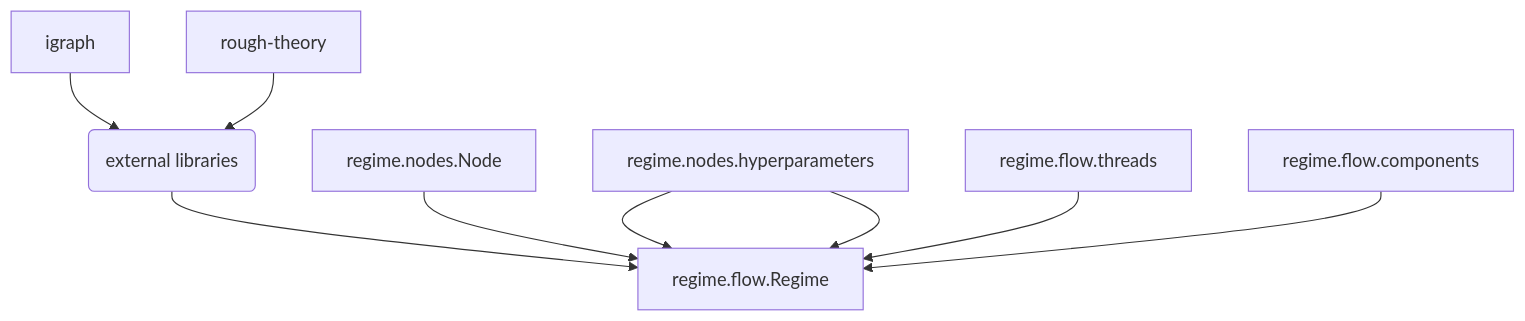
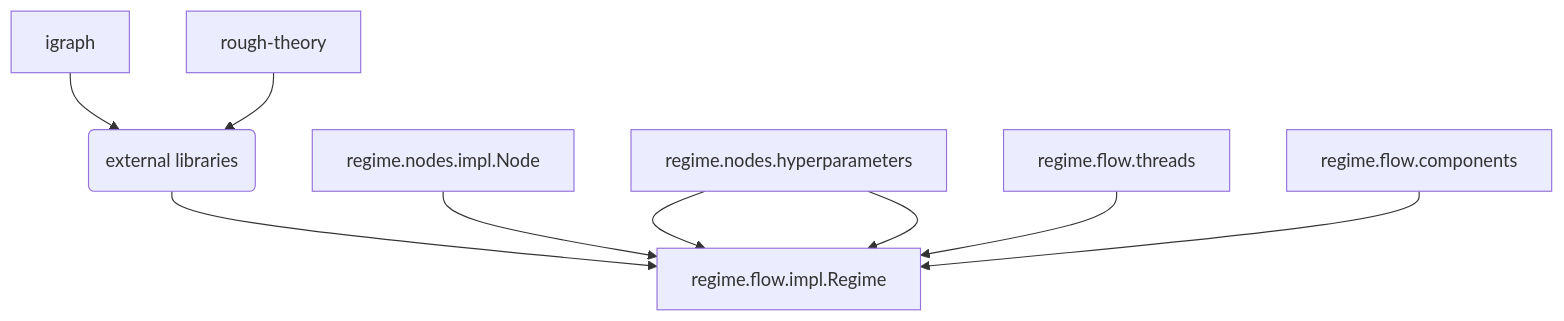
Before and after one commit to johnHostetter/regime: the second of 2 diagrams in README.md, drawn with Mermaid. The commit also changed other lines of this file and 7 other files, not shown here.

````diff
--- a/README.md
+++ b/README.md
@@ -73,11 +75,11 @@
 ```mermaid
 graph TD;
     igraph --> id(external libraries);
     rough-theory --> id(external libraries);
-    id(external libraries) --> regime.flow.Regime;
-    regime.nodes.Node --> regime.flow.Regime;
-    regime.nodes.hyperparameters --> regime.flow.Regime;
-    regime.flow.threads --> regime.flow.Regime;
-    regime.flow.components --> regime.flow.Regime;
-    regime.nodes.hyperparameters --> regime.flow.Regime;
+    id(external libraries) --> regime.flow.impl.Regime;
+    regime.nodes.impl.Node --> regime.flow.impl.Regime;
+    regime.nodes.hyperparameters --> regime.flow.impl.Regime;
+    regime.flow.threads --> regime.flow.impl.Regime;
+    regime.flow.components --> regime.flow.impl.Regime;
+    regime.nodes.hyperparameters --> regime.flow.impl.Regime;
 ```
````
